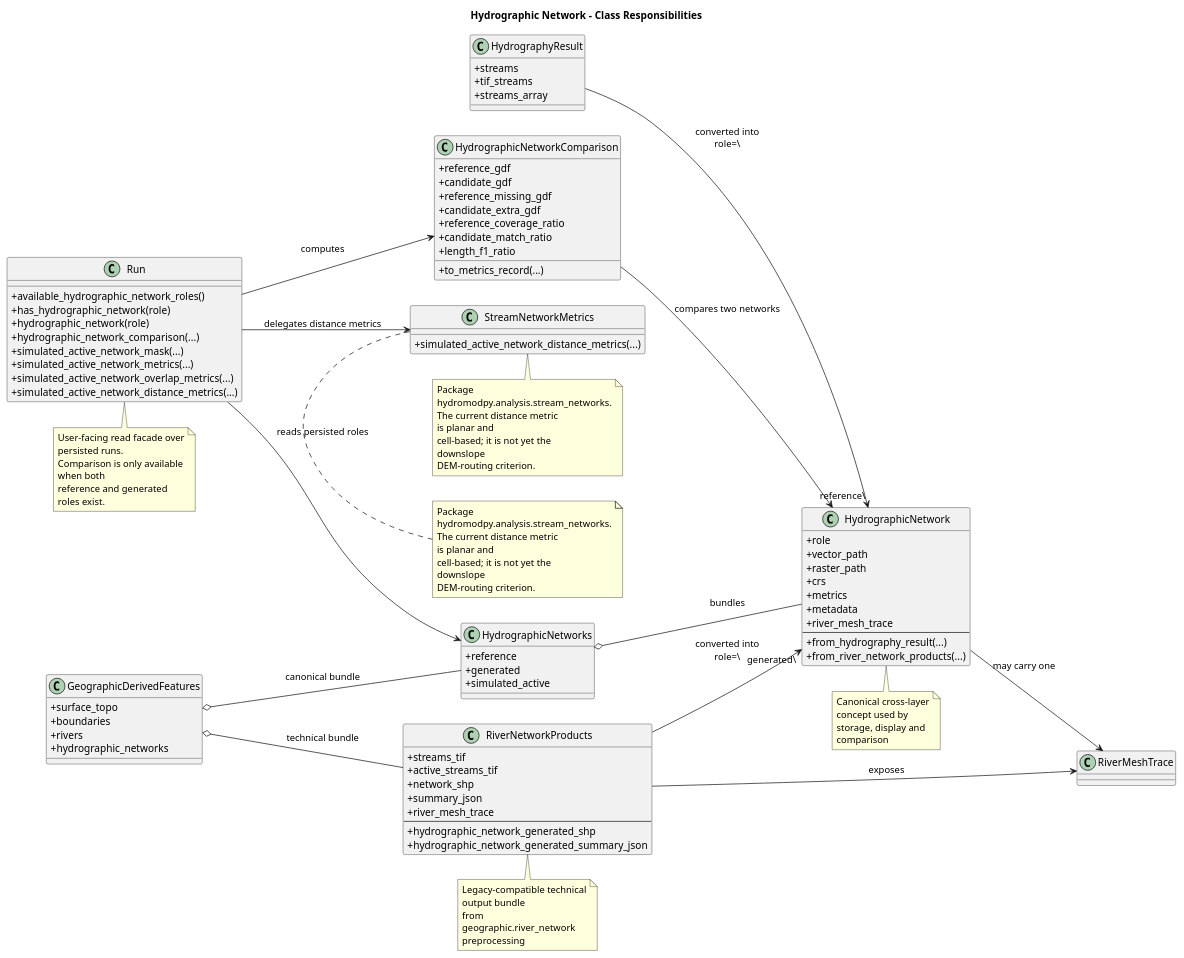
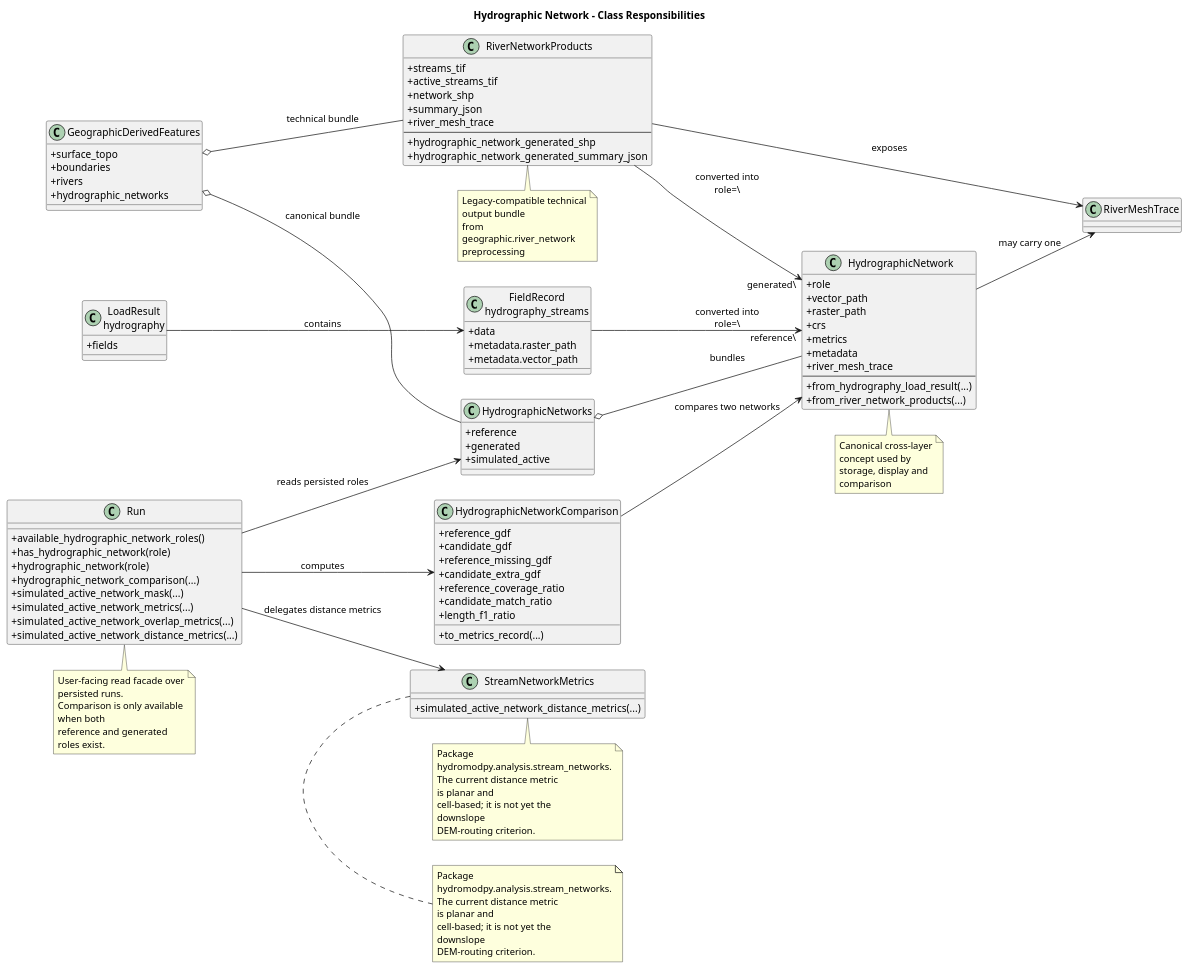
Before and after one commit to HydroModPy/HydroModPy: the diagram in docs/readthedocs/source/architecture/overview/diagrams/hydrographic_network_class_map.wsd, drawn with PlantUML. The commit also changed 23 other files, not shown here.

```diff
--- a/docs/readthedocs/source/architecture/overview/diagrams/hydrographic_network_class_map.wsd
+++ b/docs/readthedocs/source/architecture/overview/diagrams/hydrographic_network_class_map.wsd
@@ -1,119 +1,124 @@
 @startuml
 title Hydrographic Network - Class Responsibilities
 left to right direction
 skinparam classAttributeIconSize 0
 skinparam wrapWidth 180
 
-class HydrographyResult {
-  +streams
-  +tif_streams
-  +streams_array
+class "LoadResult\nhydrography" as HydrographyLoadResult {
+  +fields
+}
+
+class "FieldRecord\nhydrography_streams" as HydrographyFieldRecord {
+  +data
+  +metadata.raster_path
+  +metadata.vector_path
 }
 
 class RiverNetworkProducts {
   +streams_tif
   +active_streams_tif
   +network_shp
   +summary_json
   +river_mesh_trace
   --
   +hydrographic_network_generated_shp
   +hydrographic_network_generated_summary_json
 }
 
 class RiverMeshTrace
 
 class HydrographicNetwork {
   +role
   +vector_path
   +raster_path
   +crs
   +metrics
   +metadata
   +river_mesh_trace
   --
-  +from_hydrography_result(...)
+  +from_hydrography_load_result(...)
   +from_river_network_products(...)
 }
 
 class HydrographicNetworks {
   +reference
   +generated
   +simulated_active
 }
 
 class HydrographicNetworkComparison {
   +reference_gdf
   +candidate_gdf
   +reference_missing_gdf
   +candidate_extra_gdf
   +reference_coverage_ratio
   +candidate_match_ratio
   +length_f1_ratio
   +to_metrics_record(...)
 }
 
 class StreamNetworkMetrics {
   +simulated_active_network_distance_metrics(...)
 }
 
 class GeographicDerivedFeatures {
   +surface_topo
   +boundaries
   +rivers
   +hydrographic_networks
 }
 
 class Run {
   +available_hydrographic_network_roles()
   +has_hydrographic_network(role)
   +hydrographic_network(role)
   +hydrographic_network_comparison(...)
   +simulated_active_network_mask(...)
   +simulated_active_network_metrics(...)
   +simulated_active_network_overlap_metrics(...)
   +simulated_active_network_distance_metrics(...)
 }
 
-HydrographyResult --> HydrographicNetwork : converted into\nrole=\"reference\"
+HydrographyLoadResult --> HydrographyFieldRecord : contains
+HydrographyFieldRecord --> HydrographicNetwork : converted into\nrole=\"reference\"
 RiverNetworkProducts --> HydrographicNetwork : converted into\nrole=\"generated\"
 RiverNetworkProducts --> RiverMeshTrace : exposes
 HydrographicNetwork --> RiverMeshTrace : may carry one
 HydrographicNetworks o-- HydrographicNetwork : bundles
 GeographicDerivedFeatures o-- RiverNetworkProducts : technical bundle
 GeographicDerivedFeatures o-- HydrographicNetworks : canonical bundle
 Run --> HydrographicNetworks : reads persisted roles
 Run --> HydrographicNetworkComparison : computes
 Run --> StreamNetworkMetrics : delegates distance metrics
 HydrographicNetworkComparison --> HydrographicNetwork : compares two networks
 
 note bottom of RiverNetworkProducts
 Legacy-compatible technical output bundle
 from geographic.river_network preprocessing
 end note
 
 note bottom of HydrographicNetwork
 Canonical cross-layer concept used by
 storage, display and comparison
 end note
 
 note bottom of Run
 User-facing read facade over persisted runs.
 Comparison is only available when both
 reference and generated roles exist.
 end note
 
 note bottom of StreamNetworkMetrics
 Package hydromodpy.analysis.stream_networks.
 The current distance metric is planar and
 cell-based; it is not yet the downslope
 DEM-routing criterion.
 end note
 
 note bottom of StreamNetworkMetrics
 Package hydromodpy.analysis.stream_networks.
 The current distance metric is planar and
 cell-based; it is not yet the downslope
 DEM-routing criterion.
 end note
 @enduml
```
